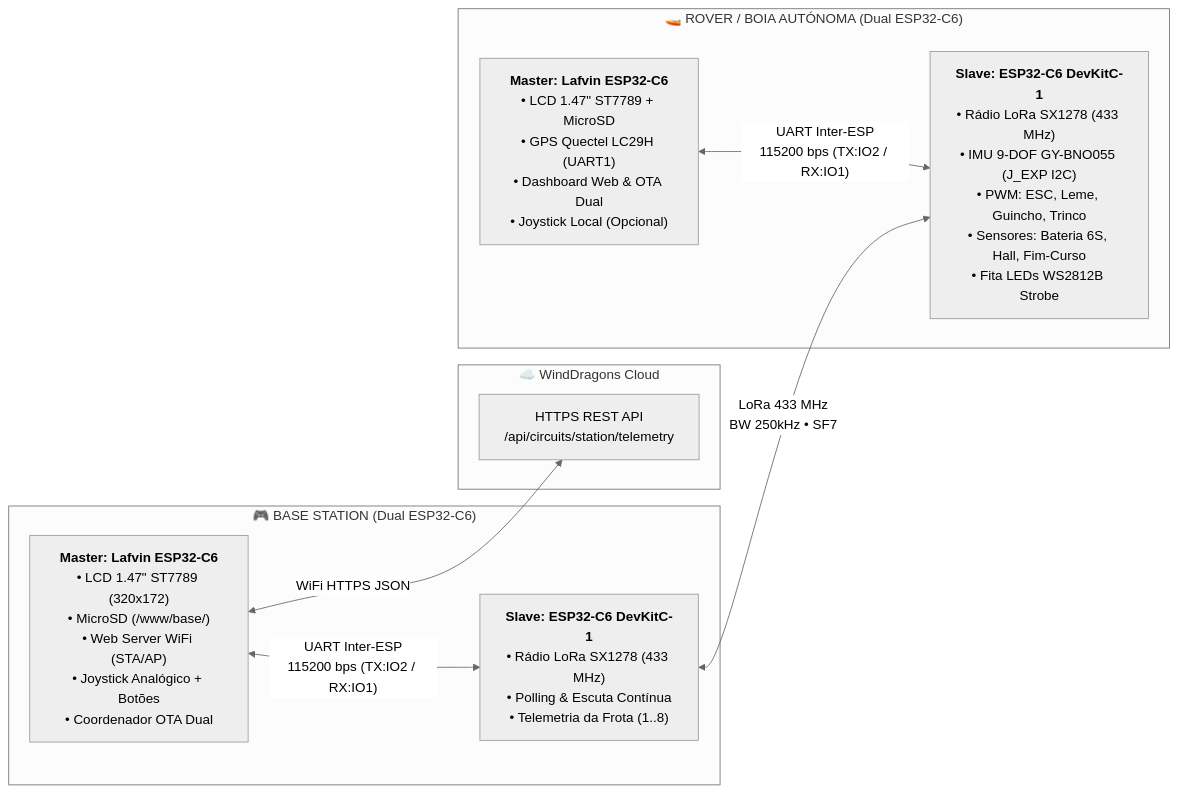
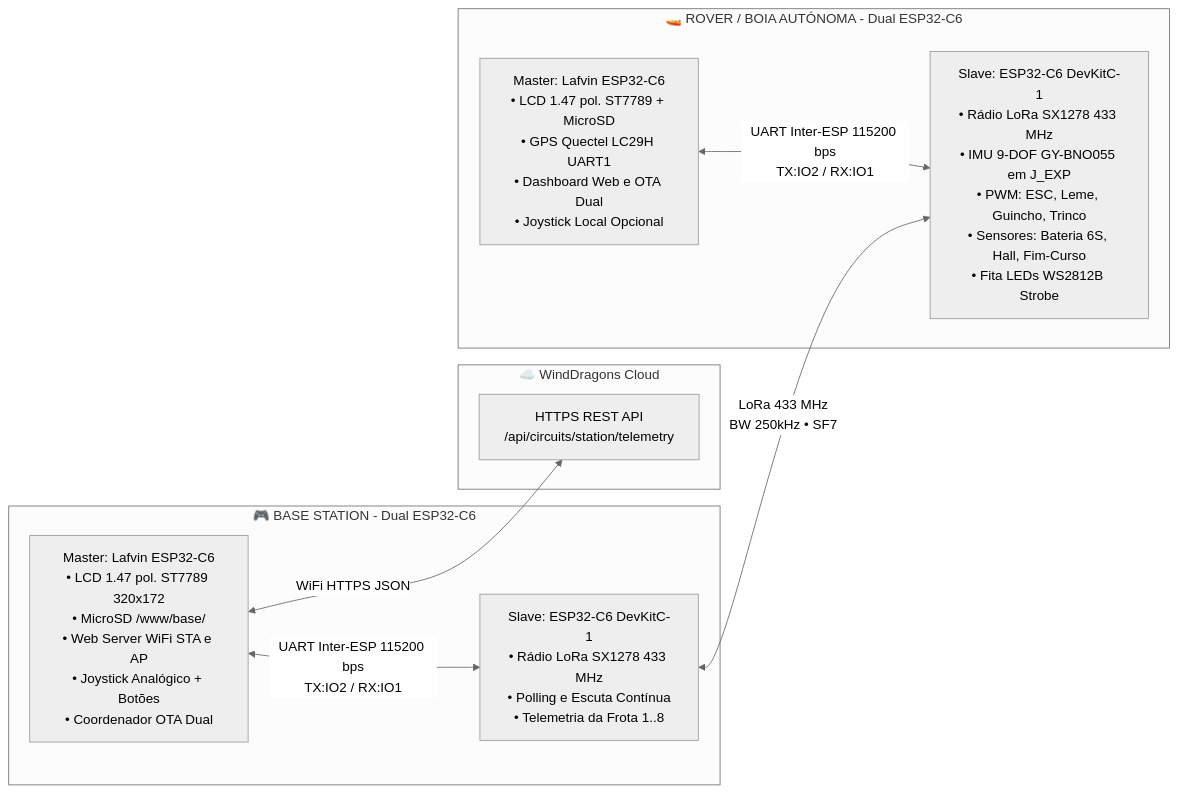
One commit to tiagojanz/winddragons_rover changed the first of 4 diagrams in README.md. Above: the diagram before and after it, drawn with Mermaid (neutral theme). The commit also changed other lines of this file, not shown here.

````diff
--- a/README.md
+++ b/README.md
@@ -9,21 +9,21 @@
 ```mermaid
 flowchart LR
   subgraph CLOUD["☁️ WindDragons Cloud"]
     API["HTTPS REST API<br/>/api/circuits/station/telemetry"]
   end
 
-  subgraph BASE["🎮 BASE STATION (Dual ESP32-C6)"]
-    BM["<b>Master: Lafvin ESP32-C6</b><br/>• LCD 1.47&quot; ST7789 (320x172)<br/>• MicroSD (/www/base/)<br/>• Web Server WiFi (STA/AP)<br/>• Joystick Analógico + Botões<br/>• Coordenador OTA Dual"]
-    BC["<b>Slave: ESP32-C6 DevKitC-1</b><br/>• Rádio LoRa SX1278 (433 MHz)<br/>• Polling &amp; Escuta Contínua<br/>• Telemetria da Frota (1..8)"]
-    BM <-->|"UART Inter-ESP<br/>115200 bps (TX:IO2 / RX:IO1)"| BC
+  subgraph BASE["🎮 BASE STATION - Dual ESP32-C6"]
+    BM["Master: Lafvin ESP32-C6<br/>• LCD 1.47 pol. ST7789 320x172<br/>• MicroSD /www/base/<br/>• Web Server WiFi STA e AP<br/>• Joystick Analógico + Botões<br/>• Coordenador OTA Dual"]
+    BC["Slave: ESP32-C6 DevKitC-1<br/>• Rádio LoRa SX1278 433 MHz<br/>• Polling e Escuta Contínua<br/>• Telemetria da Frota 1..8"]
+    BM <-->|"UART Inter-ESP 115200 bps<br/>TX:IO2 / RX:IO1"| BC
   end
 
-  subgraph ROVER["🚤 ROVER / BOIA AUTÓNOMA (Dual ESP32-C6)"]
-    RM["<b>Master: Lafvin ESP32-C6</b><br/>• LCD 1.47&quot; ST7789 + MicroSD<br/>• GPS Quectel LC29H (UART1)<br/>• Dashboard Web &amp; OTA Dual<br/>• Joystick Local (Opcional)"]
-    RC["<b>Slave: ESP32-C6 DevKitC-1</b><br/>• Rádio LoRa SX1278 (433 MHz)<br/>• IMU 9-DOF GY-BNO055 (J_EXP I2C)<br/>• PWM: ESC, Leme, Guincho, Trinco<br/>• Sensores: Bateria 6S, Hall, Fim-Curso<br/>• Fita LEDs WS2812B Strobe"]
-    RM <-->|"UART Inter-ESP<br/>115200 bps (TX:IO2 / RX:IO1)"| RC
+  subgraph ROVER["🚤 ROVER / BOIA AUTÓNOMA - Dual ESP32-C6"]
+    RM["Master: Lafvin ESP32-C6<br/>• LCD 1.47 pol. ST7789 + MicroSD<br/>• GPS Quectel LC29H UART1<br/>• Dashboard Web e OTA Dual<br/>• Joystick Local Opcional"]
+    RC["Slave: ESP32-C6 DevKitC-1<br/>• Rádio LoRa SX1278 433 MHz<br/>• IMU 9-DOF GY-BNO055 em J_EXP<br/>• PWM: ESC, Leme, Guincho, Trinco<br/>• Sensores: Bateria 6S, Hall, Fim-Curso<br/>• Fita LEDs WS2812B Strobe"]
+    RM <-->|"UART Inter-ESP 115200 bps<br/>TX:IO2 / RX:IO1"| RC
   end
 
   BM <-->|"WiFi HTTPS JSON"| API
   BC <-->|"LoRa 433 MHz<br/>BW 250kHz • SF7"| RC
 ```
````
